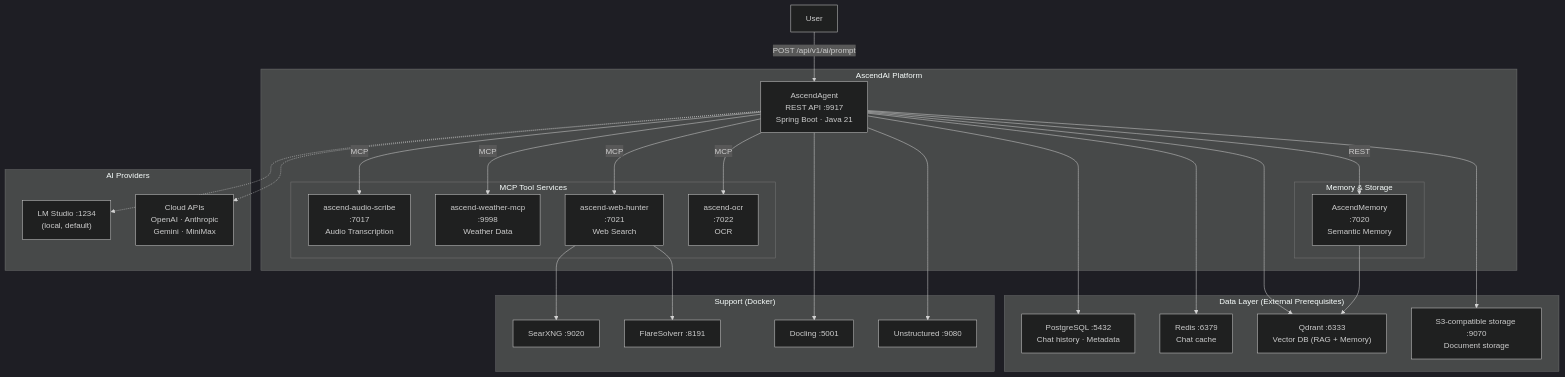
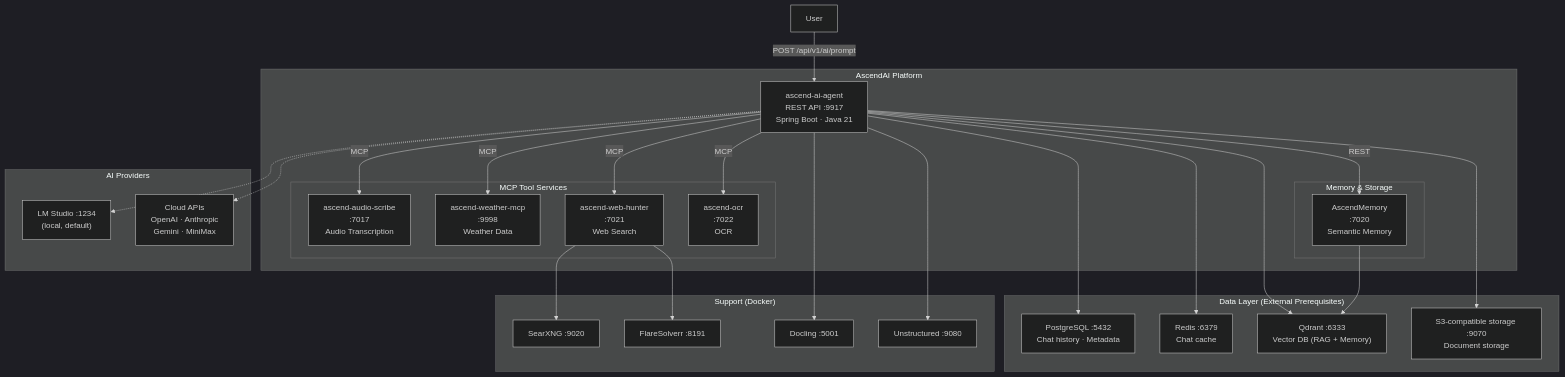
Before and after one commit to Lukk17/AscendAI: the diagram in docs/architecture/diagrams/system-overview.md, drawn with Mermaid (dark theme). The commit also changed other lines of this file and 1175 other files, not shown here.

````diff
--- a/docs/architecture/diagrams/system-overview.md
+++ b/docs/architecture/diagrams/system-overview.md
@@ -3,60 +3,60 @@
 ```mermaid
 graph TB
     User["User"]
 
     subgraph "AscendAI Platform"
-        Agent["AscendAgent<br/>REST API :9917<br/>Spring Boot · Java 21"]
+        Agent["ascend-ai-agent<br/>REST API :9917<br/>Spring Boot · Java 21"]
 
         subgraph "MCP Tool Services"
             AudioScribe["ascend-audio-scribe<br/>:7017<br/>Audio Transcription"]
             Weather["ascend-weather-mcp<br/>:9998<br/>Weather Data"]
             WebHunter["ascend-web-hunter<br/>:7021<br/>Web Search"]
             PaddleOCR["ascend-ocr<br/>:7022<br/>OCR"]
         end
 
         subgraph "Memory & Storage"
             Memory["AscendMemory<br/>:7020<br/>Semantic Memory"]
         end
     end
 
     subgraph "AI Providers"
         Local["LM Studio :1234<br/>(local, default)"]
         Cloud["Cloud APIs<br/>OpenAI · Anthropic<br/>Gemini · MiniMax"]
     end
 
     subgraph "Data Layer (External Prerequisites)"
         PG["PostgreSQL :5432<br/>Chat history · Metadata"]
         RD["Redis :6379<br/>Chat cache"]
         QD["Qdrant :6333<br/>Vector DB (RAG + Memory)"]
         S3["S3-compatible storage :9070<br/>Document storage"]
     end
 
     subgraph "Support (Docker)"
         SX["SearXNG :9020"]
         FS["FlareSolverr :8191"]
         DL["Docling :5001"]
         UN["Unstructured :9080"]
     end
 
     User -->|"POST /api/v1/ai/prompt"| Agent
 
     Agent -->|"MCP"| AudioScribe
     Agent -->|"MCP"| Weather
     Agent -->|"MCP"| WebHunter
     Agent -->|"MCP"| PaddleOCR
     Agent -->|"REST"| Memory
 
     Agent -.-> Local
     Agent -.-> Cloud
 
     Agent --> PG
     Agent --> RD
     Agent --> QD
     Agent --> S3
     Agent --> DL
     Agent --> UN
 
     WebHunter --> SX
     WebHunter --> FS
     Memory --> QD
 ```
````
